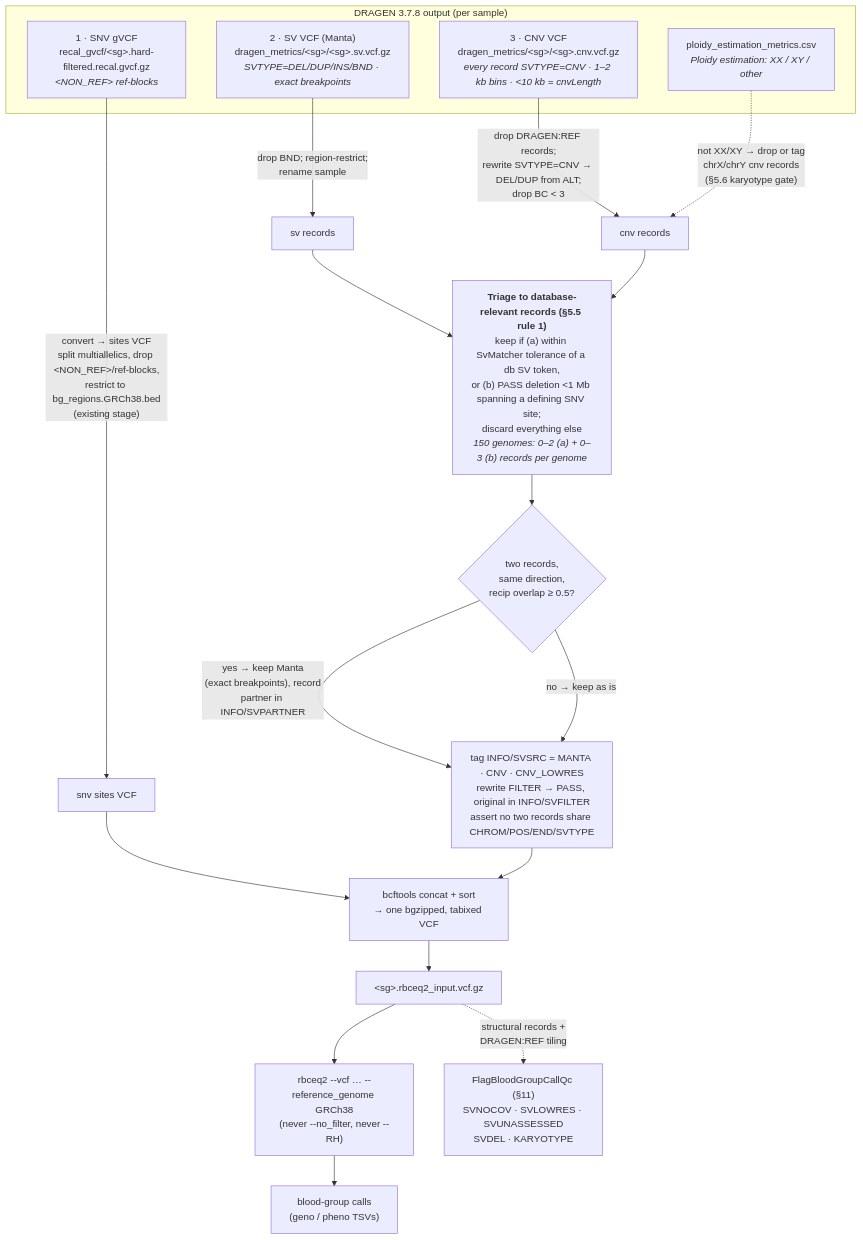
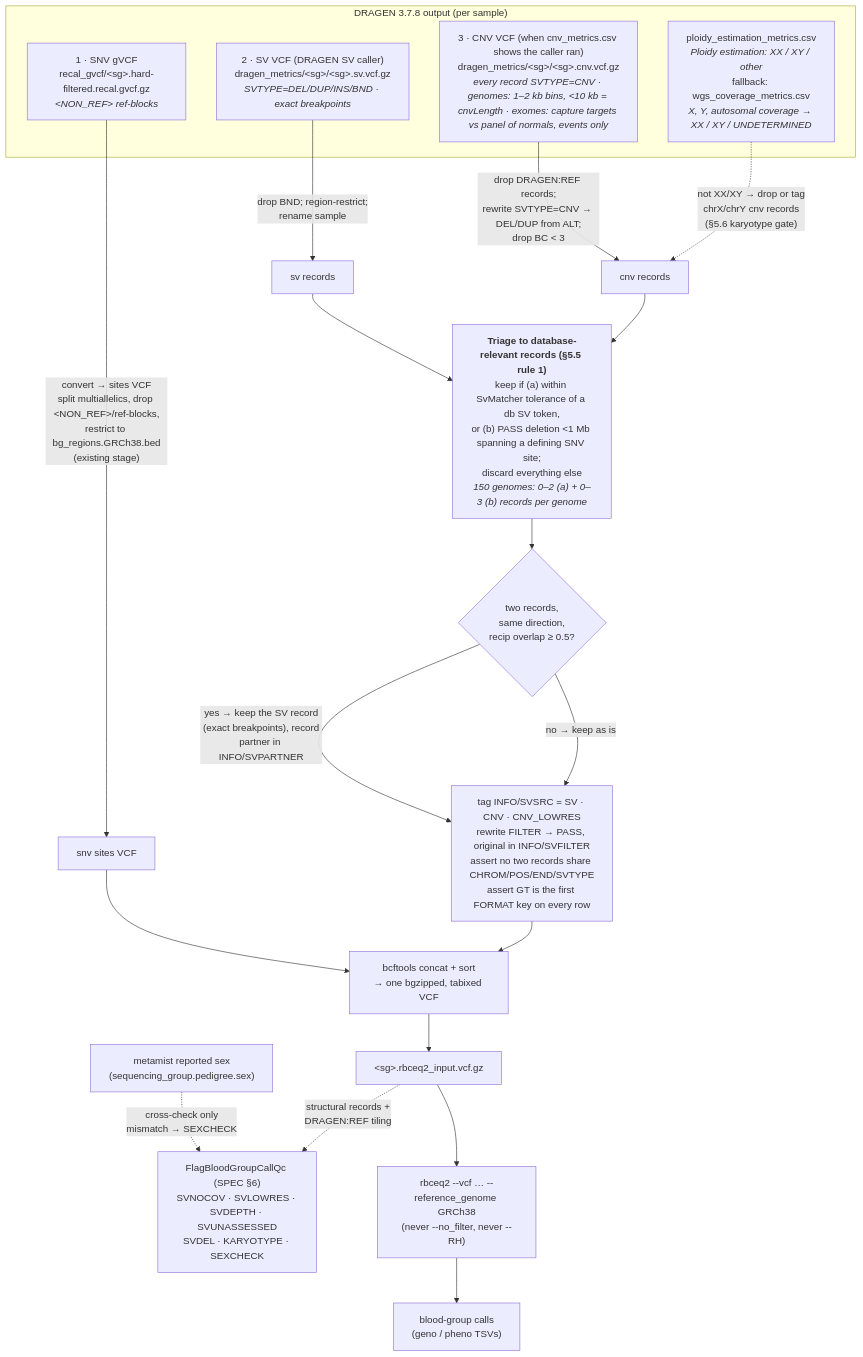
The diagram in docs/rbceq2_cnv_sv/research/dragen_three_source_merge.md (populationgenomics/popgen_rbceq2), drawn with Mermaid before and after one commit. The commit also changed other lines of this file and 3 other files, not shown here.

````diff
--- a/docs/rbceq2_cnv_sv/research/dragen_three_source_merge.md
+++ b/docs/rbceq2_cnv_sv/research/dragen_three_source_merge.md
@@ -121,31 +135,33 @@
 ```mermaid
 flowchart TD
     subgraph DRAGEN["DRAGEN 3.7.8 output (per sample)"]
         GVCF["1 · SNV gVCF<br/>recal_gvcf/&lt;sg&gt;.hard-filtered.recal.gvcf.gz<br/><i>&lt;NON_REF&gt; ref-blocks</i>"]
-        SV["2 · SV VCF (Manta)<br/>dragen_metrics/&lt;sg&gt;/&lt;sg&gt;.sv.vcf.gz<br/><i>SVTYPE=DEL/DUP/INS/BND · exact breakpoints</i>"]
-        CNV["3 · CNV VCF<br/>dragen_metrics/&lt;sg&gt;/&lt;sg&gt;.cnv.vcf.gz<br/><i>every record SVTYPE=CNV · 1–2 kb bins · &lt;10 kb = cnvLength</i>"]
-        PLOIDY["ploidy_estimation_metrics.csv<br/><i>Ploidy estimation: XX / XY / other</i>"]
+        SV["2 · SV VCF (DRAGEN SV caller)<br/>dragen_metrics/&lt;sg&gt;/&lt;sg&gt;.sv.vcf.gz<br/><i>SVTYPE=DEL/DUP/INS/BND · exact breakpoints</i>"]
+        CNV["3 · CNV VCF (when cnv_metrics.csv shows the caller ran)<br/>dragen_metrics/&lt;sg&gt;/&lt;sg&gt;.cnv.vcf.gz<br/><i>every record SVTYPE=CNV · genomes: 1–2 kb bins, &lt;10 kb = cnvLength · exomes: capture targets vs panel of normals, events only</i>"]
+        PLOIDY["ploidy_estimation_metrics.csv<br/><i>Ploidy estimation: XX / XY / other</i><br/>fallback: wgs_coverage_metrics.csv<br/><i>X, Y, autosomal coverage → XX / XY / UNDETERMINED</i>"]
     end
+    SEX["metamist reported sex<br/>(sequencing_group.pedigree.sex)"]
+    SEX -.->|"cross-check only<br/>mismatch → SEXCHECK"| QC
 
     GVCF -->|"convert → sites VCF<br/>split multiallelics, drop &lt;NON_REF&gt;/ref-blocks,<br/>restrict to bg_regions.GRCh38.bed<br/>(existing stage)"| SNVv["snv sites VCF"]
     SV -->|"drop BND; region-restrict;<br/>rename sample"| SVv["sv records"]
     CNV -->|"drop DRAGEN:REF records;<br/>rewrite SVTYPE=CNV → DEL/DUP from ALT;<br/>drop BC &lt; 3"| CNVv["cnv records"]
     PLOIDY -.->|"not XX/XY → drop or tag<br/>chrX/chrY cnv records<br/>(§5.6 karyotype gate)"| CNVv
 
     SVv --> TRIAGE
     CNVv --> TRIAGE
     TRIAGE["<b>Triage to database-relevant records (§5.5 rule 1)</b><br/>keep if (a) within SvMatcher tolerance of a db SV token,<br/>or (b) PASS deletion &lt;1 Mb spanning a defining SNV site;<br/>discard everything else<br/><i>150 genomes: 0–2 (a) + 0–3 (b) records per genome</i>"]
 
     TRIAGE --> ONE{"two records,<br/>same direction,<br/>recip overlap ≥ 0.5?"}
-    ONE -->|"yes → keep Manta<br/>(exact breakpoints), record<br/>partner in INFO/SVPARTNER"| TAG
+    ONE -->|"yes → keep the SV record<br/>(exact breakpoints), record<br/>partner in INFO/SVPARTNER"| TAG
     ONE -->|"no → keep as is"| TAG
-    TAG["tag INFO/SVSRC = MANTA · CNV · CNV_LOWRES<br/>rewrite FILTER → PASS, original in INFO/SVFILTER<br/>assert no two records share CHROM/POS/END/SVTYPE"]
+    TAG["tag INFO/SVSRC = SV · CNV · CNV_LOWRES<br/>rewrite FILTER → PASS, original in INFO/SVFILTER<br/>assert no two records share CHROM/POS/END/SVTYPE<br/>assert GT is the first FORMAT key on every row"]
 
     SNVv --> MERGE["bcftools concat + sort<br/>→ one bgzipped, tabixed VCF"]
     TAG --> MERGE
     MERGE --> VCF["&lt;sg&gt;.rbceq2_input.vcf.gz"]
 
     VCF --> RBC["rbceq2 --vcf … --reference_genome GRCh38<br/>(never --no_filter, never --RH)"]
     RBC --> OUT["blood-group calls<br/>(geno / pheno TSVs)"]
-    VCF -.->|"structural records +<br/>DRAGEN:REF tiling"| QC["FlagBloodGroupCallQc (§11)<br/>SVNOCOV · SVLOWRES · SVUNASSESSED<br/>SVDEL · KARYOTYPE"]
+    VCF -.->|"structural records +<br/>DRAGEN:REF tiling"| QC["FlagBloodGroupCallQc (SPEC §6)<br/>SVNOCOV · SVLOWRES · SVDEPTH · SVUNASSESSED<br/>SVDEL · KARYOTYPE · SEXCHECK"]
 ```
````
